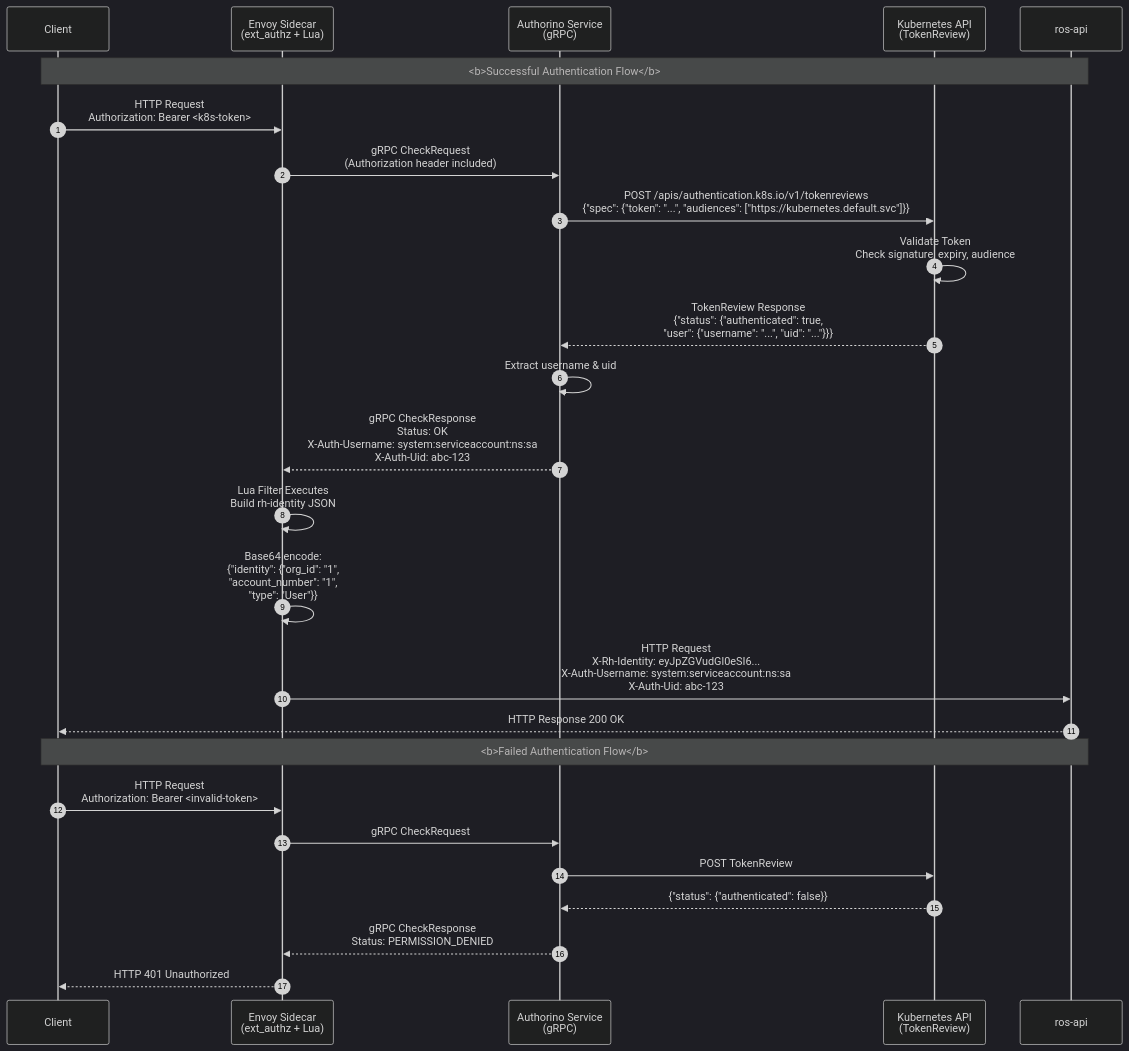
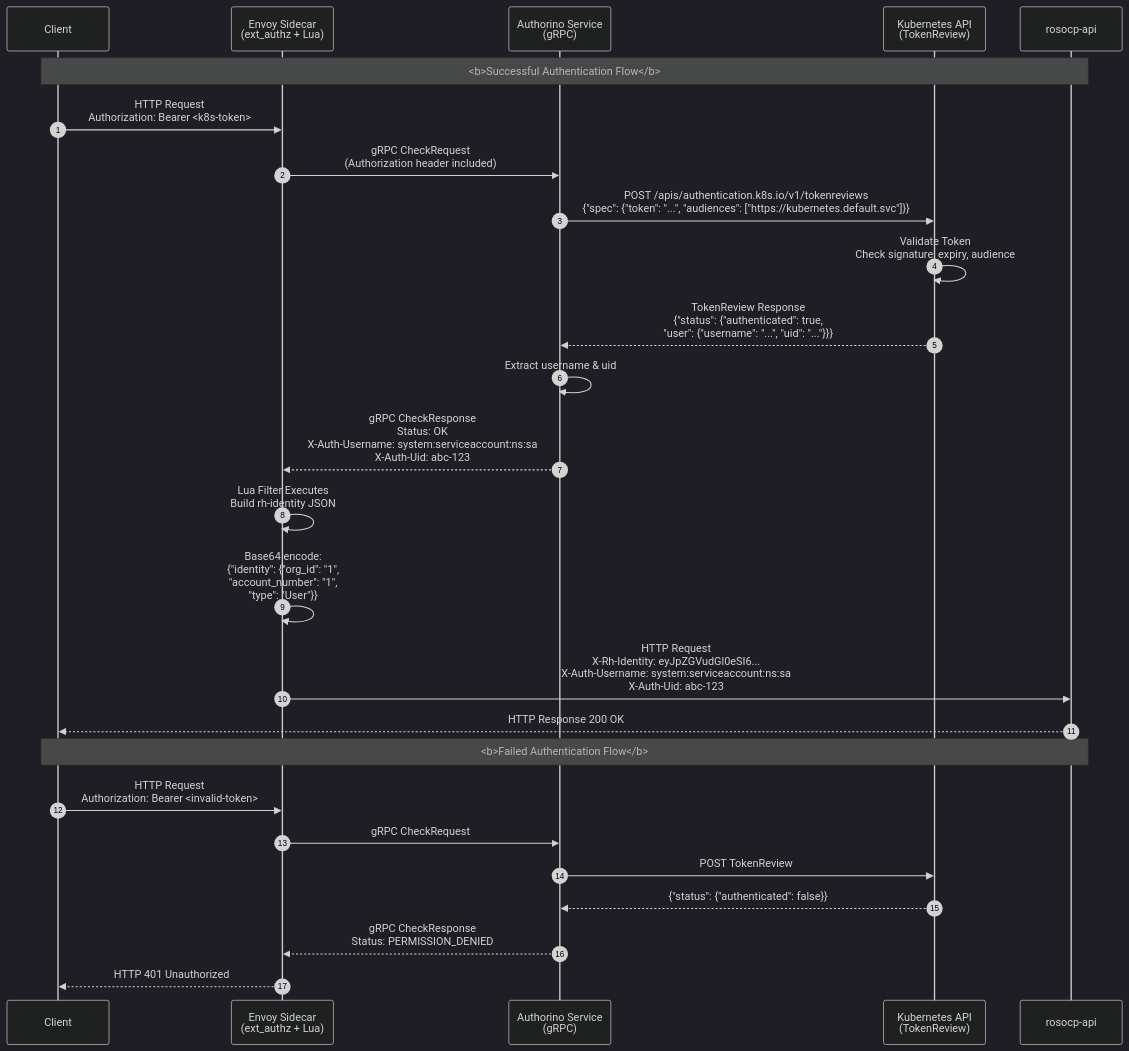
Before and after one commit to jordigilh/ros-helm-chart: the second of 2 diagrams in docs/oauth2-tokenreview-authentication.md, drawn with Mermaid (dark theme). The commit also changed other lines of this file and 332 other files, not shown here.

````diff
--- a/docs/oauth2-tokenreview-authentication.md
+++ b/docs/oauth2-tokenreview-authentication.md
@@ -87,47 +87,47 @@
 ```mermaid
 sequenceDiagram
     autonumber
     participant Client
     participant Envoy as Envoy Sidecar<br/>(ext_authz + Lua)
     participant Authorino as Authorino Service<br/>(gRPC)
     participant K8s as Kubernetes API<br/>(TokenReview)
-    participant Backend as ros-api
+    participant Backend as rosocp-api
 
     Note over Client,Backend: <b>Successful Authentication Flow</b>
 
     Client->>Envoy: HTTP Request<br/>Authorization: Bearer <k8s-token>
 
     Envoy->>Authorino: gRPC CheckRequest<br/>(Authorization header included)
 
     Authorino->>K8s: POST /apis/authentication.k8s.io/v1/tokenreviews<br/>{"spec": {"token": "...", "audiences": ["https://kubernetes.default.svc"]}}
 
     K8s->>K8s: Validate Token<br/>Check signature, expiry, audience
 
     K8s-->>Authorino: TokenReview Response<br/>{"status": {"authenticated": true,<br/>"user": {"username": "...", "uid": "..."}}}
 
     Authorino->>Authorino: Extract username & uid
 
     Authorino-->>Envoy: gRPC CheckResponse<br/>Status: OK<br/>X-Auth-Username: system:serviceaccount:ns:sa<br/>X-Auth-Uid: abc-123
 
     Envoy->>Envoy: Lua Filter Executes<br/>Build rh-identity JSON
 
     Envoy->>Envoy: Base64 encode:<br/>{"identity": {"org_id": "1",<br/>"account_number": "1",<br/>"type": "User"}}
 
     Envoy->>Backend: HTTP Request<br/>X-Rh-Identity: eyJpZGVudGl0eSI6...<br/>X-Auth-Username: system:serviceaccount:ns:sa<br/>X-Auth-Uid: abc-123
 
     Backend-->>Client: HTTP Response 200 OK
 
     Note over Client,Backend: <b>Failed Authentication Flow</b>
 
     Client->>Envoy: HTTP Request<br/>Authorization: Bearer <invalid-token>
 
     Envoy->>Authorino: gRPC CheckRequest
 
     Authorino->>K8s: POST TokenReview
 
     K8s-->>Authorino: {"status": {"authenticated": false}}
 
     Authorino-->>Envoy: gRPC CheckResponse<br/>Status: PERMISSION_DENIED
 
     Envoy-->>Client: HTTP 401 Unauthorized
 ```
````
